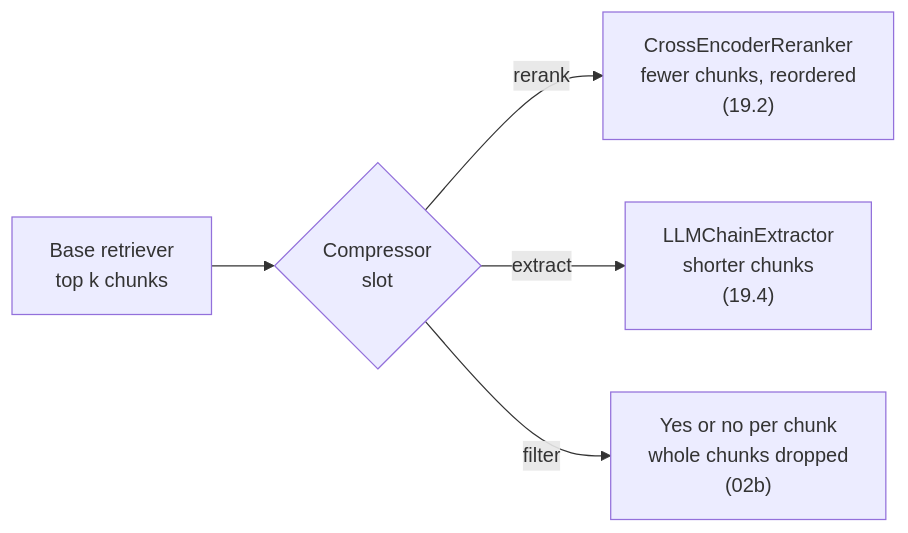
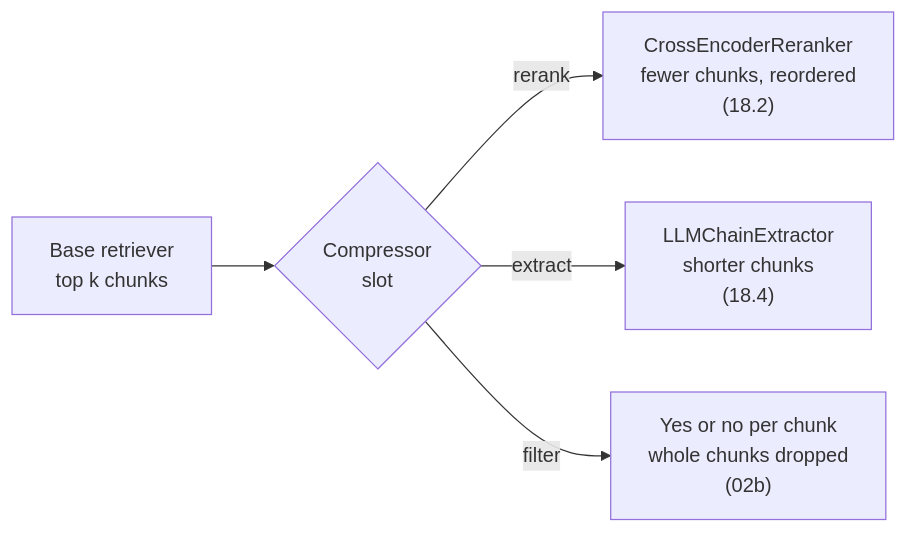
Before and after one commit to Sourav692/rag-agents-engineering: the diagram in p05_retrieval_quality_and_rag_apps/m18_reranking_post_retrieval/mandatory/theory/04_contextual_compression/README.md, drawn with Mermaid. The commit also changed other lines of this file and 322 other files, not shown here.

````diff
--- a/p05_retrieval_quality_and_rag_apps/m18_reranking_post_retrieval/mandatory/theory/04_contextual_compression/README.md
+++ b/p05_retrieval_quality_and_rag_apps/m18_reranking_post_retrieval/mandatory/theory/04_contextual_compression/README.md
@@ -21,7 +21,7 @@
 ```mermaid
 flowchart LR
     R["Base retriever<br/>top k chunks"] --> S{"Compressor<br/>slot"}
-    S -- rerank --> A["CrossEncoderReranker<br/>fewer chunks, reordered<br/>(19.2)"]
-    S -- extract --> B["LLMChainExtractor<br/>shorter chunks<br/>(19.4)"]
+    S -- rerank --> A["CrossEncoderReranker<br/>fewer chunks, reordered<br/>(18.2)"]
+    S -- extract --> B["LLMChainExtractor<br/>shorter chunks<br/>(18.4)"]
     S -- filter --> C["Yes or no per chunk<br/>whole chunks dropped<br/>(02b)"]
 ```
````
